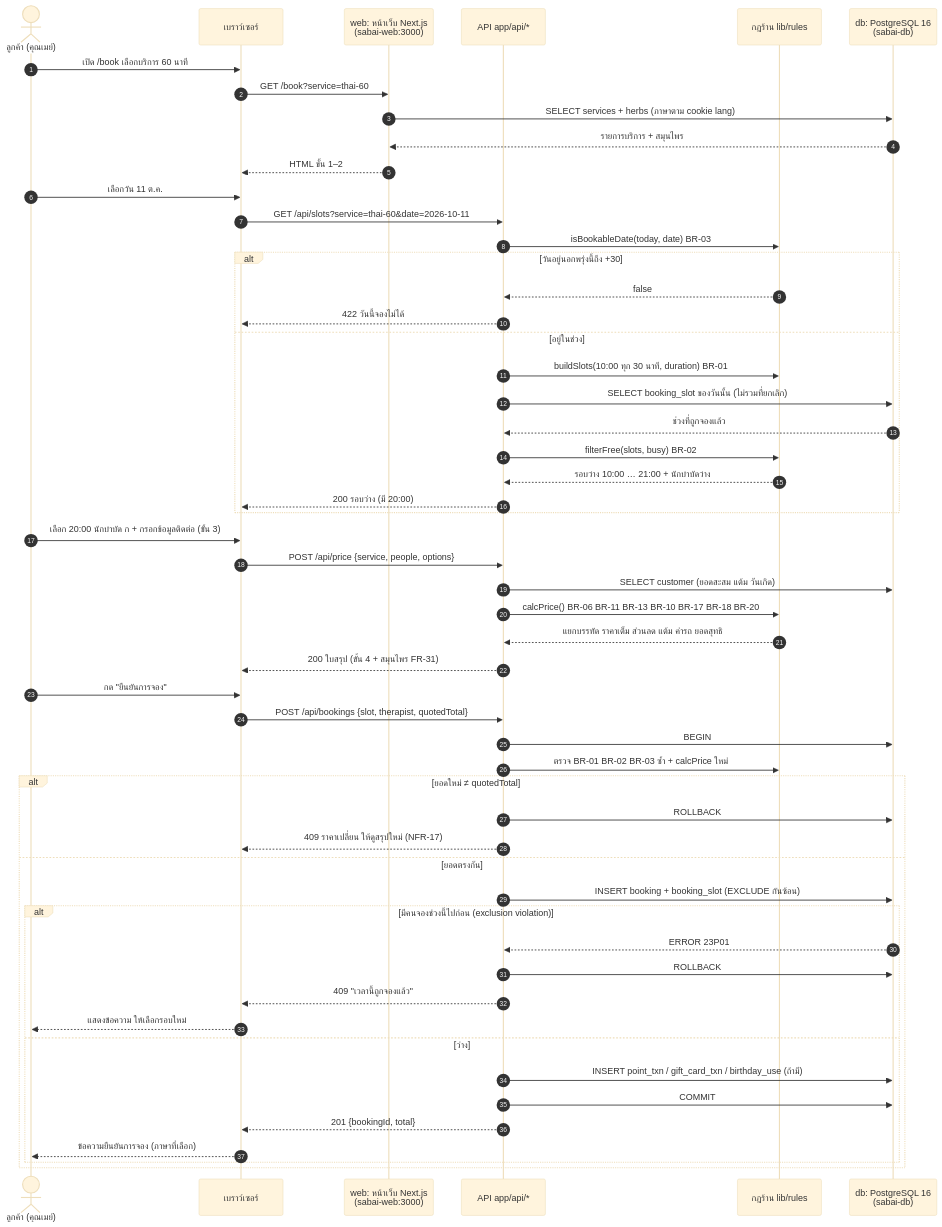
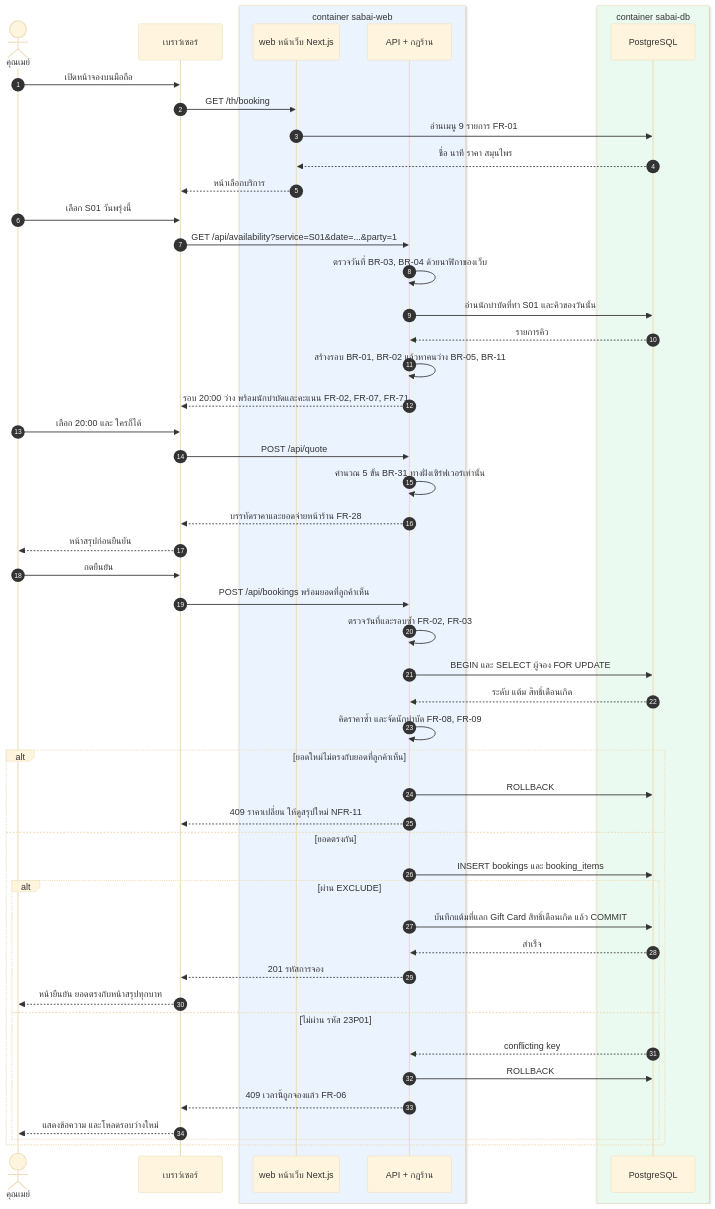
One commit to Tuchsanai/Teaching_CWN2026 changed the eighth of 10 diagrams in 00_week01/04_sabai-spa-web-and-testplan-from-interview/_solution/DESIGN.md. Above: the diagram before and after it, drawn with Mermaid (base theme). The commit also changed other lines of this file and 1105 other files, not shown here.

````diff
--- a/00_week01/04_sabai-spa-web-and-testplan-from-interview/_solution/DESIGN.md
+++ b/00_week01/04_sabai-spa-web-and-testplan-from-interview/_solution/DESIGN.md
@@ -512,57 +735,57 @@
 ```mermaid
 sequenceDiagram
-    autonumber
-    actor C as ลูกค้า (คุณเมย์)
-    participant B as เบราว์เซอร์
-    participant W as web: หน้าเว็บ Next.js<br/>(sabai-web:3000)
-    participant A as API app/api/*
-    participant R as กฎร้าน lib/rules
-    participant D as db: PostgreSQL 16<br/>(sabai-db)
+  autonumber
+  actor C as คุณเมย์
+  participant B as เบราว์เซอร์
+  box rgb(235,243,255) container sabai-web
+    participant W as web หน้าเว็บ Next.js
+    participant A as API + กฎร้าน
+  end
+  box rgb(235,250,240) container sabai-db
+    participant D as PostgreSQL
+  end
 
-    C->>B: เปิด /book เลือกบริการ 60 นาที
-    B->>W: GET /book?service=thai-60
-    W->>D: SELECT services + herbs (ภาษาตาม cookie lang)
-    D-->>W: รายการบริการ + สมุนไพร
-    W-->>B: HTML ขั้น 1–2
-    C->>B: เลือกวัน 11 ต.ค.
-    B->>A: GET /api/slots?service=thai-60&date=2026-10-11
-    A->>R: isBookableDate(today, date) BR-03
-    alt วันอยู่นอกพรุ่งนี้ถึง +30
-        R-->>A: false
-        A-->>B: 422 วันนี้จองไม่ได้
-    else อยู่ในช่วง
-        A->>R: buildSlots(10:00 ทุก 30 นาที, duration) BR-01
-        A->>D: SELECT booking_slot ของวันนั้น (ไม่รวมที่ยกเลิก)
-        D-->>A: ช่วงที่ถูกจองแล้ว
-        A->>R: filterFree(slots, busy) BR-02
-        R-->>A: รอบว่าง 10:00 … 21:00 + นักบำบัดว่าง
-        A-->>B: 200 รอบว่าง (มี 20:00)
+  C->>B: เปิดหน้าจองบนมือถือ
+  B->>W: GET /th/booking
+  W->>D: อ่านเมนู 9 รายการ FR-01
+  D-->>W: ชื่อ นาที ราคา สมุนไพร
+  W-->>B: หน้าเลือกบริการ
+
+  C->>B: เลือก S01 วันพรุ่งนี้
+  B->>A: GET /api/availability?service=S01&date=...&party=1
+  A->>A: ตรวจวันที่ BR-03, BR-04 ด้วยนาฬิกาของเว็บ
+  A->>D: อ่านนักบำบัดที่ทำ S01 และคิวของวันนั้น
+  D-->>A: รายการคิว
+  A->>A: สร้างรอบ BR-01, BR-02 แล้วหาคนว่าง BR-05, BR-11
+  A-->>B: รอบ 20:00 ว่าง พร้อมนักบำบัดและคะแนน FR-02, FR-07, FR-71
+
+  C->>B: เลือก 20:00 และ ใครก็ได้
+  B->>A: POST /api/quote
+  A->>A: คำนวณ 5 ขั้น BR-31 ทางฝั่งเซิร์ฟเวอร์เท่านั้น
+  A-->>B: บรรทัดราคาและยอดจ่ายหน้าร้าน FR-28
+  B-->>C: หน้าสรุปก่อนยืนยัน
+
+  C->>B: กดยืนยัน
+  B->>A: POST /api/bookings พร้อมยอดที่ลูกค้าเห็น
+  A->>A: ตรวจวันที่และรอบซ้ำ FR-02, FR-03
+  A->>D: BEGIN และ SELECT ผู้จอง FOR UPDATE
+  D-->>A: ระดับ แต้ม สิทธิ์เดือนเกิด
+  A->>A: คิดราคาซ้ำ และจัดนักบำบัด FR-08, FR-09
+  alt ยอดใหม่ไม่ตรงกับยอดที่ลูกค้าเห็น
+    A->>D: ROLLBACK
+    A-->>B: 409 ราคาเปลี่ยน ให้ดูสรุปใหม่ NFR-11
+  else ยอดตรงกัน
+    A->>D: INSERT bookings และ booking_items
+    alt ผ่าน EXCLUDE
+      A->>D: บันทึกแต้มที่แลก Gift Card สิทธิ์เดือนเกิด แล้ว COMMIT
+      D-->>A: สำเร็จ
+      A-->>B: 201 รหัสการจอง
+      B-->>C: หน้ายืนยัน ยอดตรงกับหน้าสรุปทุกบาท
+    else ไม่ผ่าน รหัส 23P01
+      D-->>A: conflicting key
+      A->>D: ROLLBACK
+      A-->>B: 409 เวลานี้ถูกจองแล้ว FR-06
+      B-->>C: แสดงข้อความ และโหลดรอบว่างใหม่
     end
-    C->>B: เลือก 20:00 นักบำบัด ก + กรอกข้อมูลติดต่อ (ขั้น 3)
-    B->>A: POST /api/price {service, people, options}
-    A->>D: SELECT customer (ยอดสะสม แต้ม วันเกิด)
-    A->>R: calcPrice() BR-06 BR-11 BR-13 BR-10 BR-17 BR-18 BR-20
-    R-->>A: แยกบรรทัด ราคาเต็ม ส่วนลด แต้ม ค่ารถ ยอดสุทธิ
-    A-->>B: 200 ใบสรุป (ขั้น 4 + สมุนไพร FR-31)
-    C->>B: กด "ยืนยันการจอง"
-    B->>A: POST /api/bookings {slot, therapist, quotedTotal}
-    A->>D: BEGIN
-    A->>R: ตรวจ BR-01 BR-02 BR-03 ซ้ำ + calcPrice ใหม่
-    alt ยอดใหม่ ≠ quotedTotal
-        A->>D: ROLLBACK
-        A-->>B: 409 ราคาเปลี่ยน ให้ดูสรุปใหม่ (NFR-17)
-    else ยอดตรงกัน
-        A->>D: INSERT booking + booking_slot (EXCLUDE กันซ้อน)
-        alt มีคนจองช่วงนี้ไปก่อน (exclusion violation)
-            D-->>A: ERROR 23P01
-            A->>D: ROLLBACK
-            A-->>B: 409 "เวลานี้ถูกจองแล้ว"
-            B-->>C: แสดงข้อความ ให้เลือกรอบใหม่
-        else ว่าง
-            A->>D: INSERT point_txn / gift_card_txn / birthday_use (ถ้ามี)
-            A->>D: COMMIT
-            A-->>B: 201 {bookingId, total}
-            B-->>C: ข้อความยืนยันการจอง (ภาษาที่เลือก)
-        end
-    end
+  end
 ```
````
